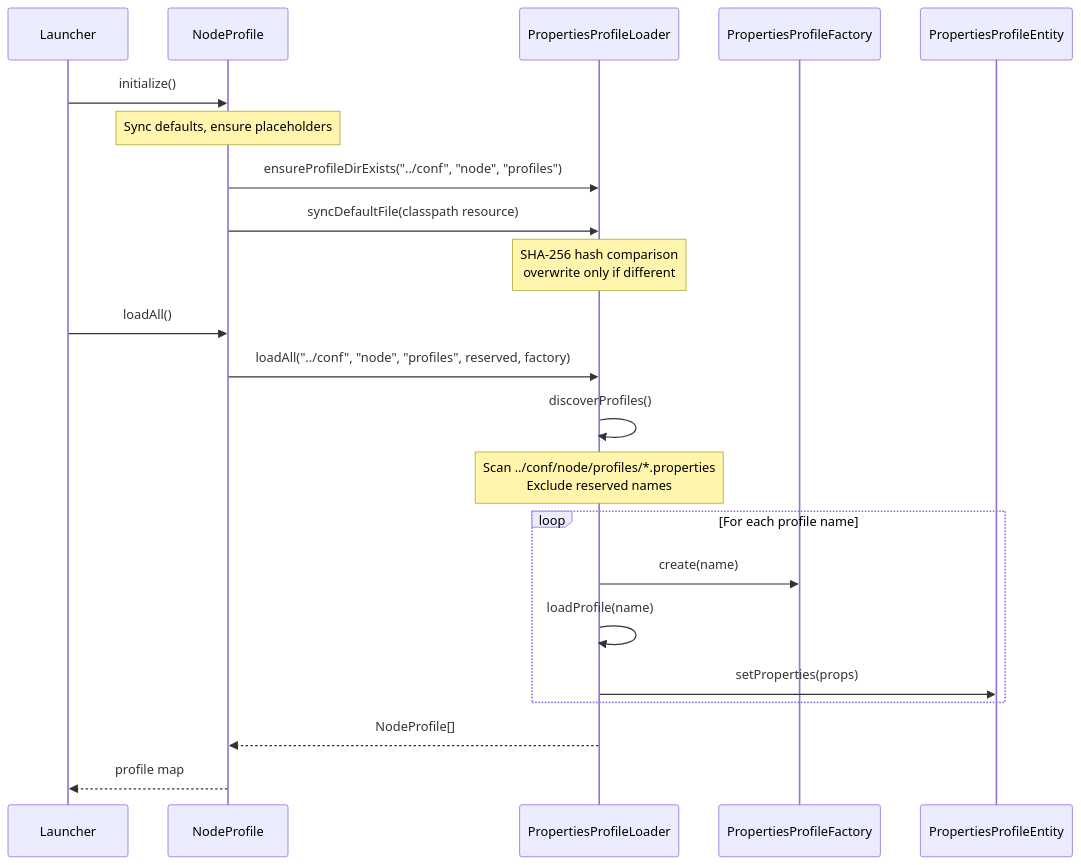
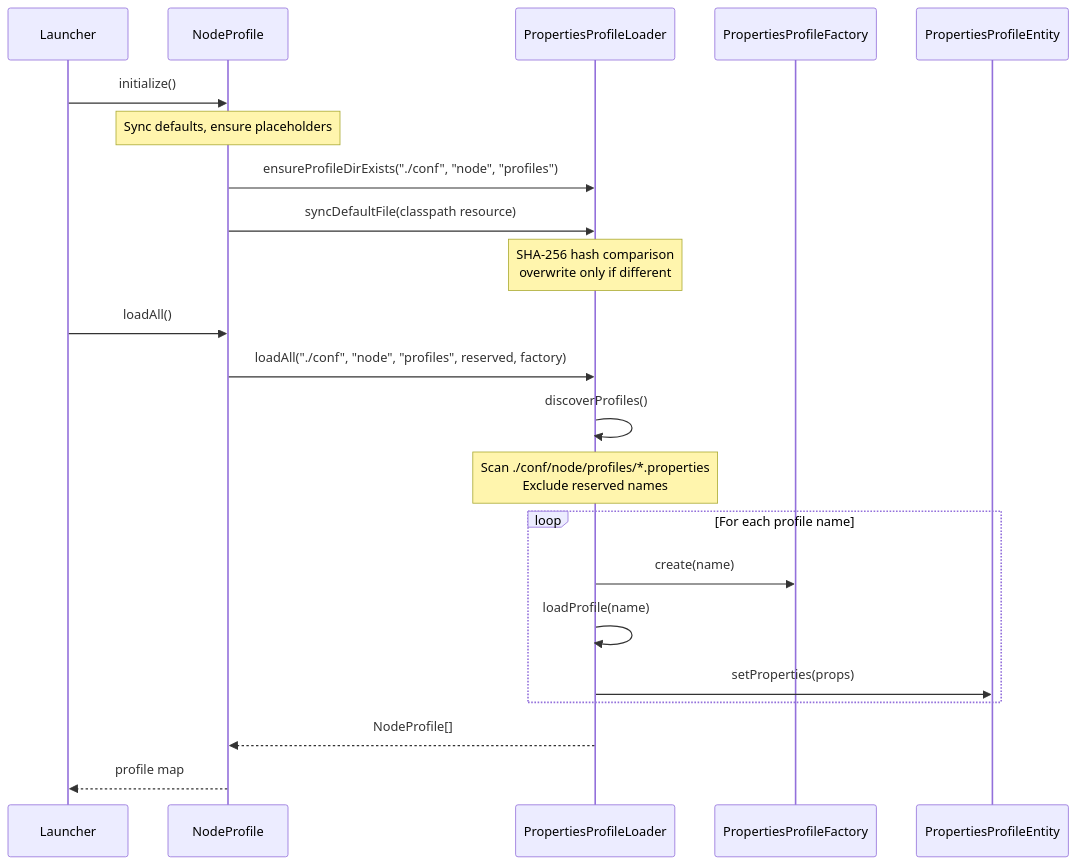
The first of 2 diagrams in doc/modules/node/profile-loading.md (BalazsGit/signum-node), drawn with Mermaid before and after one commit. The commit also changed other lines of this file and 21 other files, not shown here.

````diff
--- a/doc/modules/node/profile-loading.md
+++ b/doc/modules/node/profile-loading.md
@@ -83,30 +83,30 @@
 ```mermaid
 sequenceDiagram
     participant Launcher
     participant NodeProfile
     participant PPL as PropertiesProfileLoader
     participant PPF as PropertiesProfileFactory
     participant PPE as PropertiesProfileEntity
 
     Launcher->>NodeProfile: initialize()
     Note over NodeProfile: Sync defaults, ensure placeholders
 
-    NodeProfile->>PPL: ensureProfileDirExists("../conf", "node", "profiles")
+    NodeProfile->>PPL: ensureProfileDirExists("./conf", "node", "profiles")
     NodeProfile->>PPL: syncDefaultFile(classpath resource)
     Note over PPL: SHA-256 hash comparison<br/>overwrite only if different
 
     Launcher->>NodeProfile: loadAll()
-    NodeProfile->>PPL: loadAll("../conf", "node", "profiles", reserved, factory)
+    NodeProfile->>PPL: loadAll("./conf", "node", "profiles", reserved, factory)
 
     PPL->>PPL: discoverProfiles()
-    Note over PPL: Scan ../conf/node/profiles/*.properties<br/>Exclude reserved names
+    Note over PPL: Scan ./conf/node/profiles/*.properties<br/>Exclude reserved names
 
     loop For each profile name
         PPL->>PPF: create(name)
         PPL->>PPL: loadProfile(name)
         PPL->>PPE: setProperties(props)
     end
 
     PPL-->>NodeProfile: NodeProfile[]
     NodeProfile-->>Launcher: profile map
 ```
````
